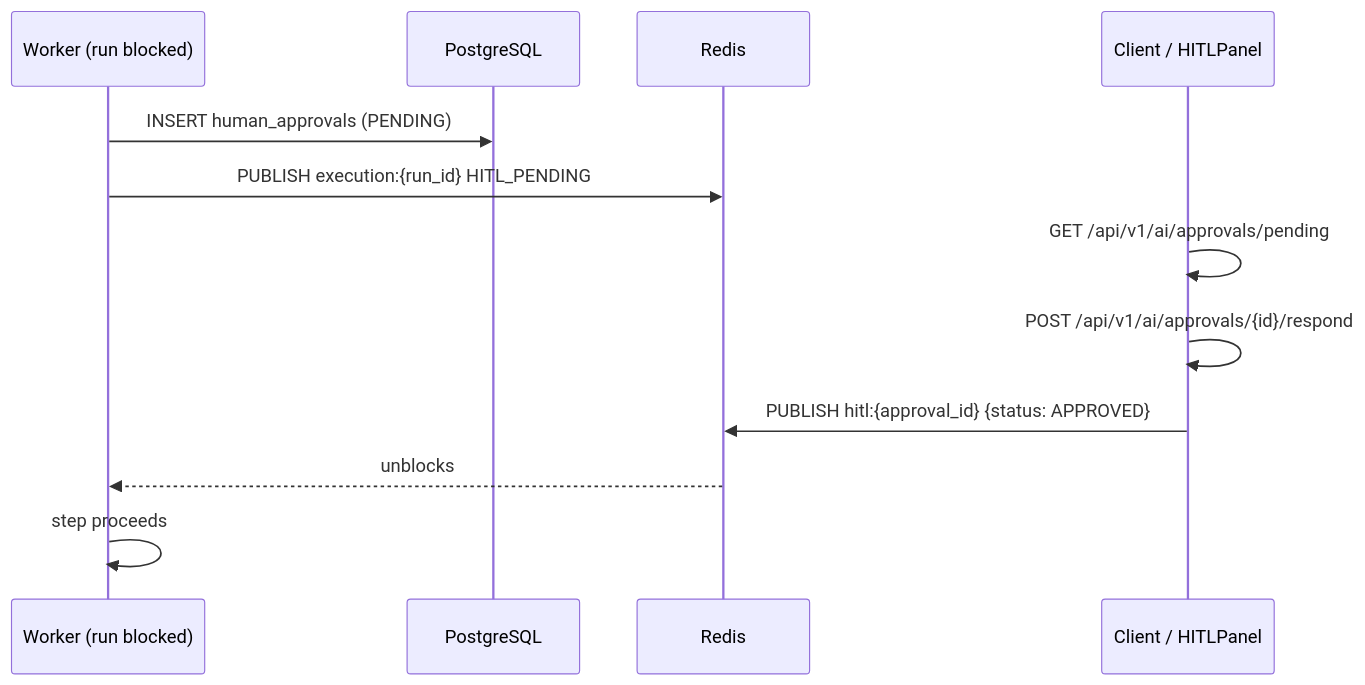
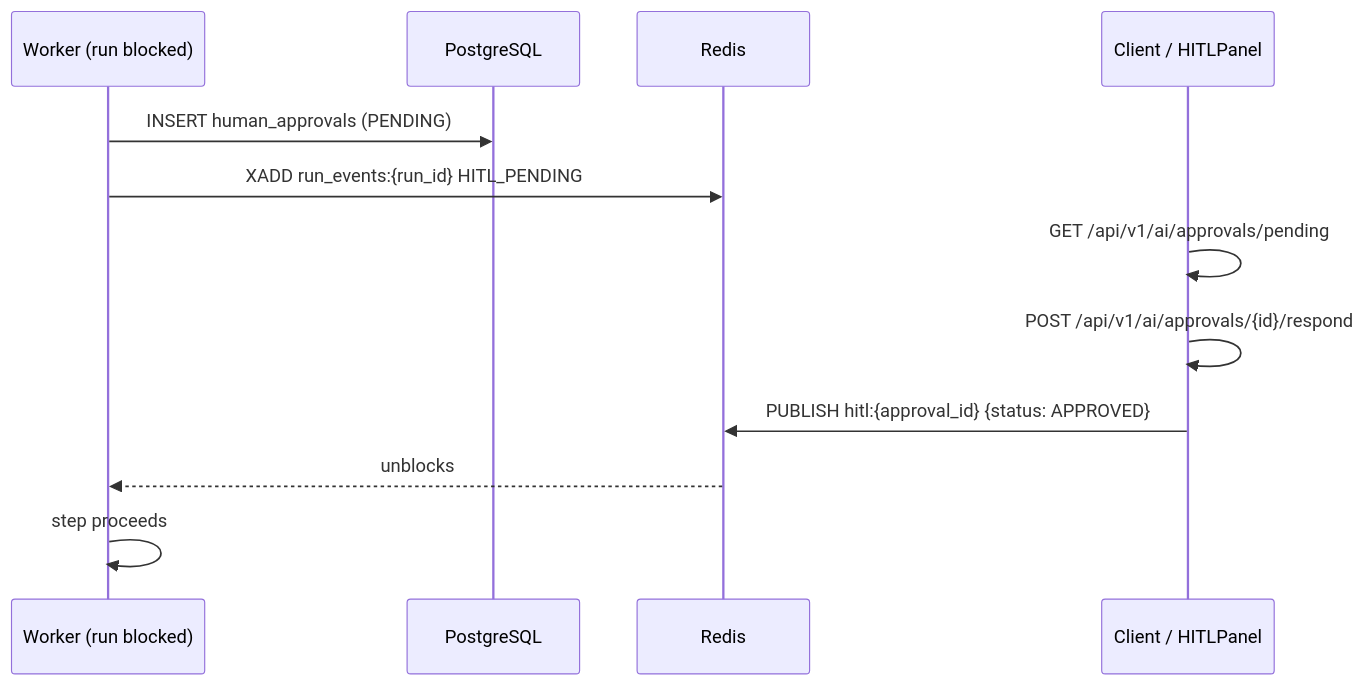
Before and after one commit to gondolerahul/hire-buddha-app: the seventh of 10 diagrams in docs/current/17-api-reference.md, drawn with Mermaid. The commit also changed other lines of this file and 31 other files, not shown here.

````diff
--- a/docs/current/17-api-reference.md
+++ b/docs/current/17-api-reference.md
@@ -575,15 +575,15 @@
 ```mermaid
 sequenceDiagram
     participant W as Worker (run blocked)
     participant DB as PostgreSQL
     participant R as Redis
     participant C as Client / HITLPanel
 
     W->>DB: INSERT human_approvals (PENDING)
-    W->>R: PUBLISH execution:{run_id} HITL_PENDING
+    W->>R: XADD run_events:{run_id} HITL_PENDING
     C->>C: GET /api/v1/ai/approvals/pending
     C->>C: POST /api/v1/ai/approvals/{id}/respond
     C->>R: PUBLISH hitl:{approval_id} {status: APPROVED}
     R-->>W: unblocks
     W->>W: step proceeds
 ```
````
